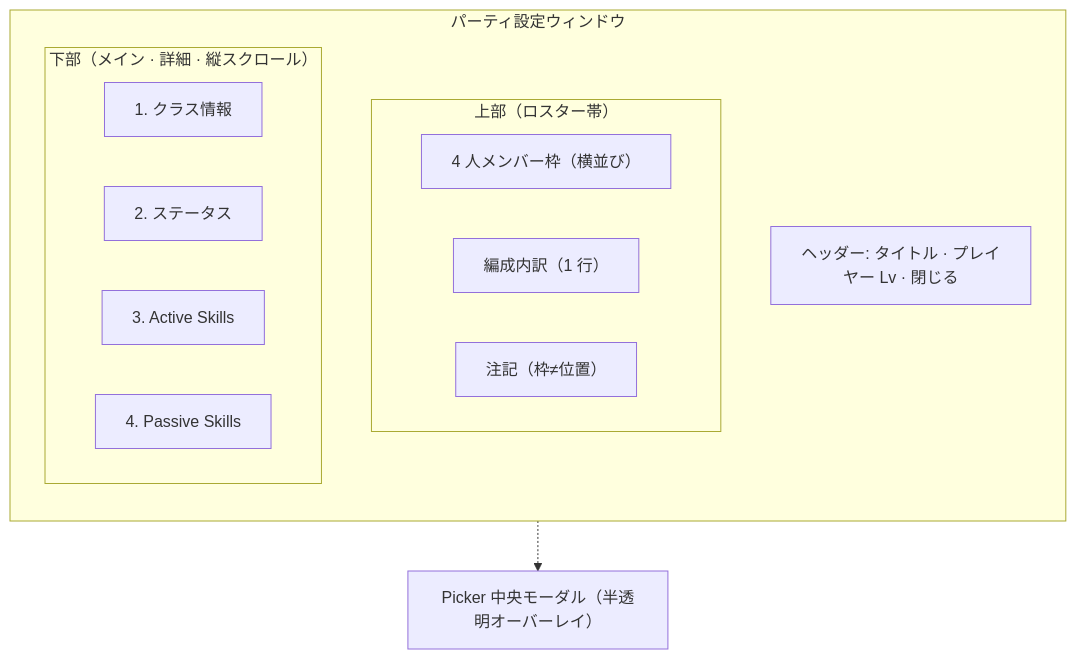
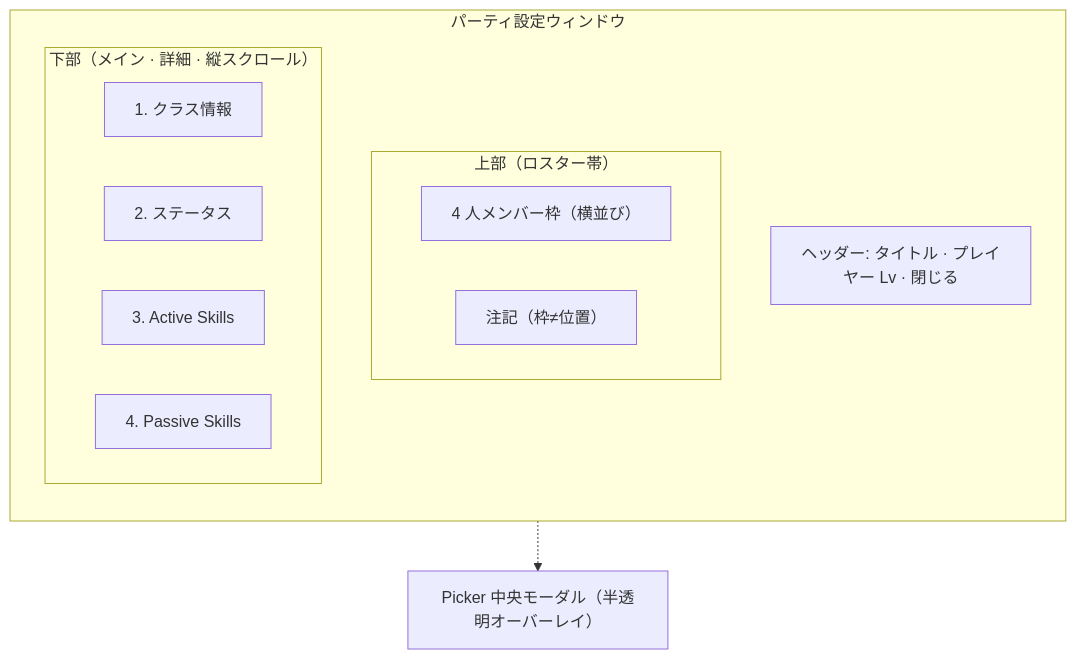
The diagram in docs/spec/party-formation-ui.md (sucRo0629/auto-battle-idle), drawn with Mermaid before and after one commit. The commit also changed other lines of this file and 2 other files, not shown here.

````diff
--- a/docs/spec/party-formation-ui.md
+++ b/docs/spec/party-formation-ui.md
@@ -76,20 +76,19 @@
 ```mermaid
 flowchart TB
   subgraph win["パーティ設定ウィンドウ"]
     direction TB
     bar["ヘッダー: タイトル · プレイヤー Lv · 閉じる"]
     subgraph roster["上部（ロスター帯）"]
       R0["4 人メンバー枠（横並び）"]
-      R1["編成内訳（1 行）"]
-      R2["注記（枠≠位置）"]
+      R1["注記（枠≠位置）"]
     end
     subgraph detail["下部（メイン · 詳細 · 縦スクロール）"]
       D1["1. クラス情報"]
       D2["2. ステータス"]
       D3["3. Active Skills"]
       D4["4. Passive Skills"]
     end
   end
   picker["Picker 中央モーダル（半透明オーバーレイ）"]
   win -.-> picker
 ```
````
